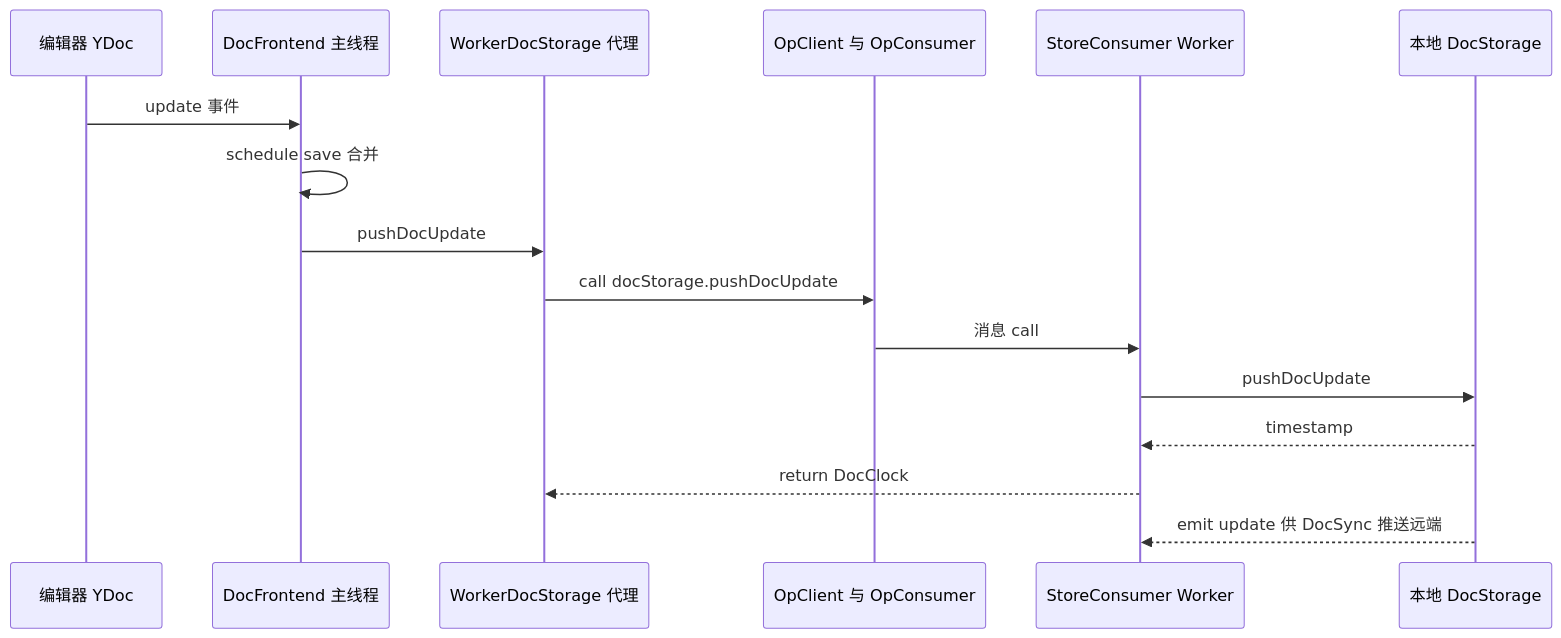
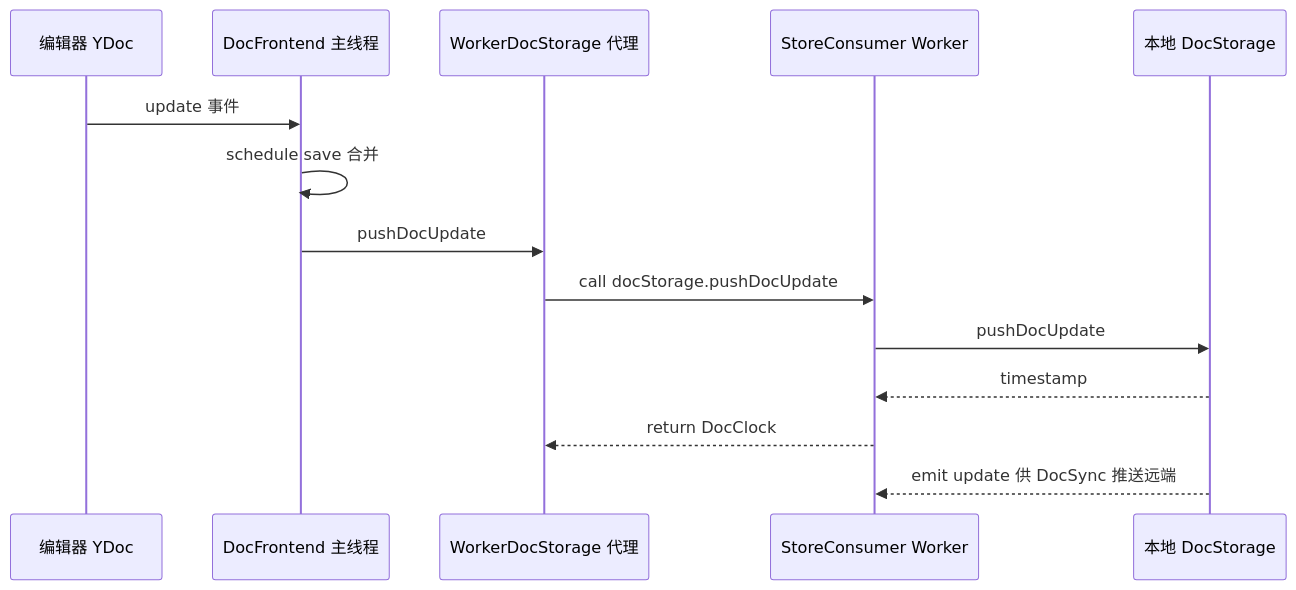
The fourth of 7 diagrams in learning-guide/slides/decks/19.md (lfire/AFFiNE), drawn with Mermaid before and after one commit. The commit also changed other lines of this file and 46 other files, not shown here.

````diff
--- a/learning-guide/slides/decks/19.md
+++ b/learning-guide/slides/decks/19.md
@@ -378,18 +409,16 @@
 ```mermaid
 sequenceDiagram
   participant Ed as 编辑器 YDoc
   participant DF as DocFrontend 主线程
   participant WDS as WorkerDocStorage 代理
-  participant OP as OpClient 与 OpConsumer
   participant SC as StoreConsumer Worker
   participant L as 本地 DocStorage
   Ed->>DF: update 事件
   DF->>DF: schedule save 合并
   DF->>WDS: pushDocUpdate
-  WDS->>OP: call docStorage.pushDocUpdate
-  OP->>SC: 消息 call
+  WDS->>SC: call docStorage.pushDocUpdate
   SC->>L: pushDocUpdate
   L-->>SC: timestamp
   SC-->>WDS: return DocClock
   L-->>SC: emit update 供 DocSync 推送远端
 ```
````
